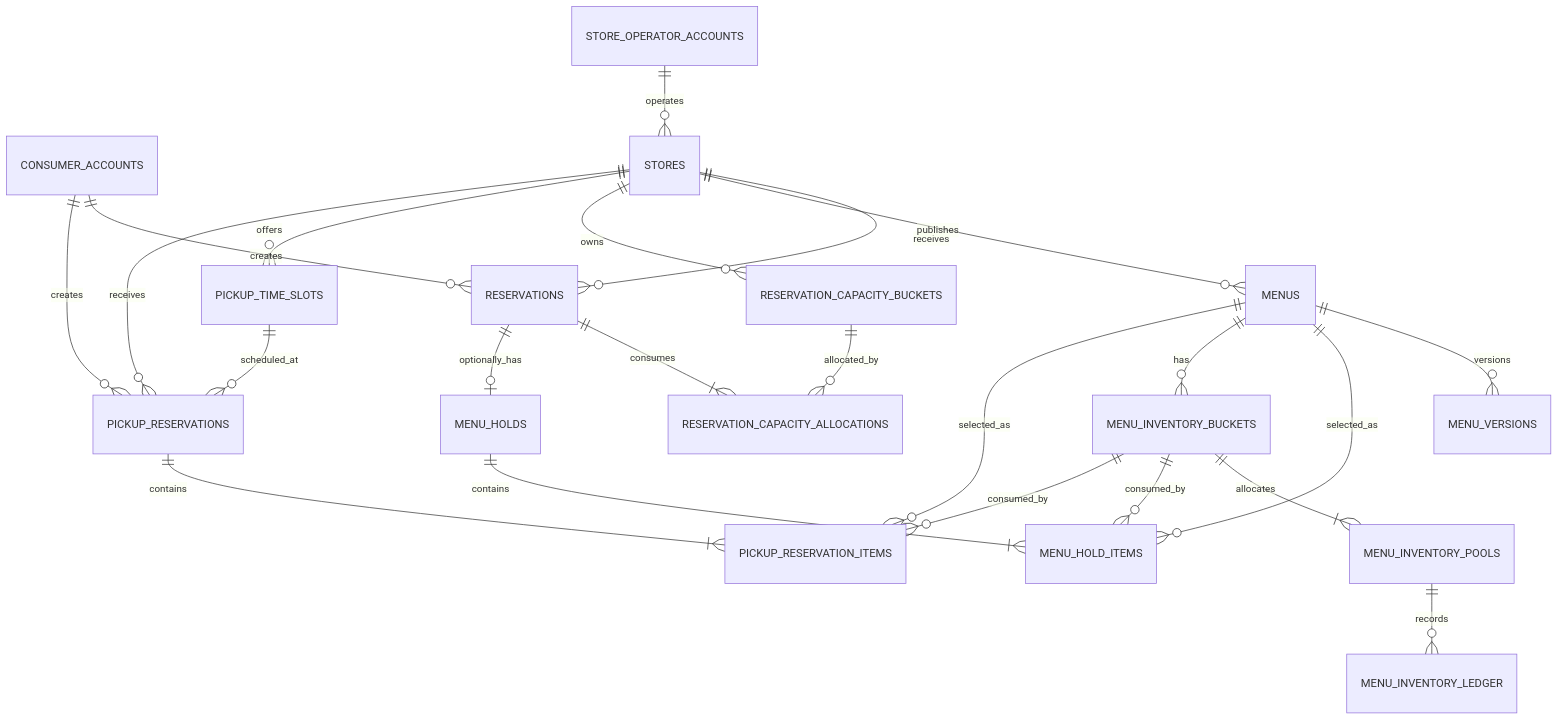
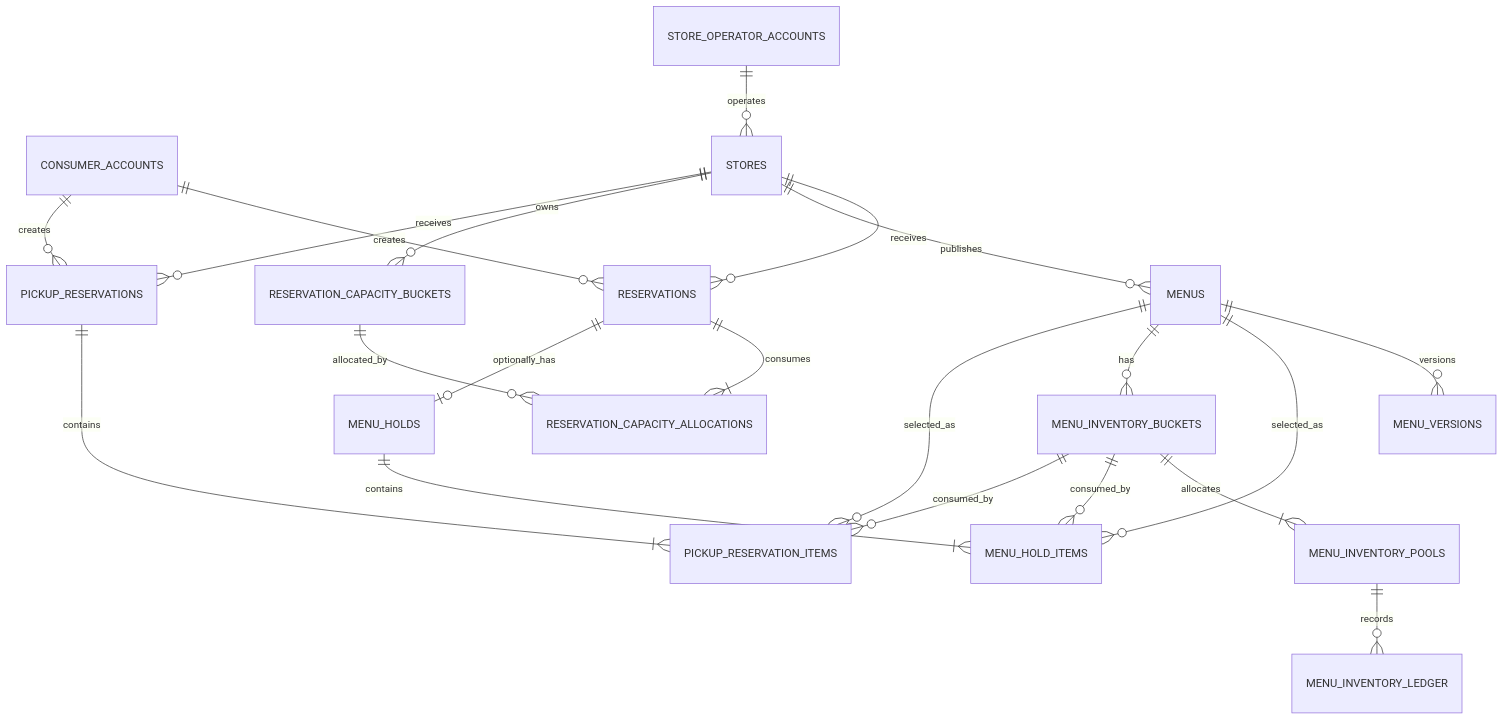
One commit to sparta-spring4/Commerce-Final-Project-MiriYum changed the diagram in docs/specs/mvp1-common/domain-model.md. Above: the diagram before and after it, drawn with Mermaid. The commit also changed 2 other files, not shown here.

Commit message:
docs(menu-hold): 픽업 시간대 기준 계약 정합화

````diff
--- a/docs/specs/mvp1-common/domain-model.md
+++ b/docs/specs/mvp1-common/domain-model.md
@@ -396,31 +396,29 @@
 ```mermaid
 erDiagram
     CONSUMER_ACCOUNTS ||--o{ RESERVATIONS : creates
     CONSUMER_ACCOUNTS ||--o{ PICKUP_RESERVATIONS : creates
 
     STORE_OPERATOR_ACCOUNTS ||--o{ STORES : operates
 
     STORES ||--o{ RESERVATIONS : receives
     STORES ||--o{ MENUS : publishes
     MENUS ||--o{ MENU_VERSIONS : versions
 
     STORES ||--o{ RESERVATION_CAPACITY_BUCKETS : owns
     RESERVATIONS ||--|{ RESERVATION_CAPACITY_ALLOCATIONS : consumes
     RESERVATION_CAPACITY_BUCKETS ||--o{ RESERVATION_CAPACITY_ALLOCATIONS : allocated_by
 
     RESERVATIONS ||--o| MENU_HOLDS : optionally_has
     MENU_HOLDS ||--|{ MENU_HOLD_ITEMS : contains
     MENUS ||--o{ MENU_HOLD_ITEMS : selected_as
 
     MENUS ||--o{ MENU_INVENTORY_BUCKETS : has
     MENU_INVENTORY_BUCKETS ||--|{ MENU_INVENTORY_POOLS : allocates
     MENU_INVENTORY_POOLS ||--o{ MENU_INVENTORY_LEDGER : records
     MENU_INVENTORY_BUCKETS ||--o{ MENU_HOLD_ITEMS : consumed_by
 
-    STORES ||--o{ PICKUP_TIME_SLOTS : offers
     STORES ||--o{ PICKUP_RESERVATIONS : receives
-    PICKUP_TIME_SLOTS ||--o{ PICKUP_RESERVATIONS : scheduled_at
     PICKUP_RESERVATIONS ||--|{ PICKUP_RESERVATION_ITEMS : contains
     MENUS ||--o{ PICKUP_RESERVATION_ITEMS : selected_as
     MENU_INVENTORY_BUCKETS ||--o{ PICKUP_RESERVATION_ITEMS : consumed_by
 ```
````
